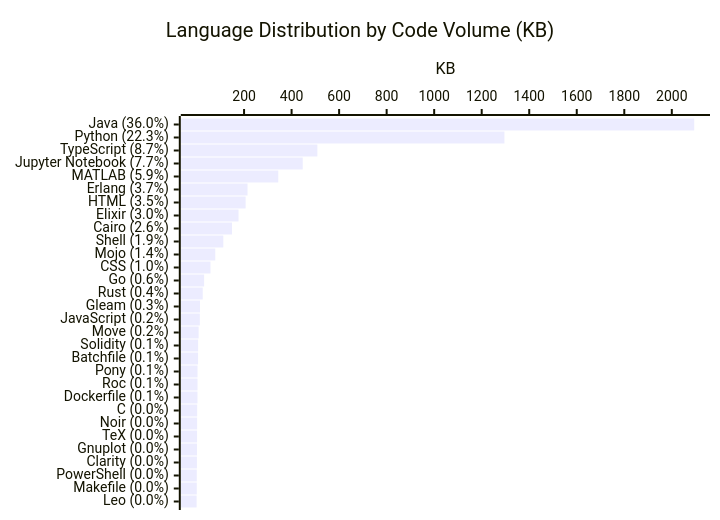
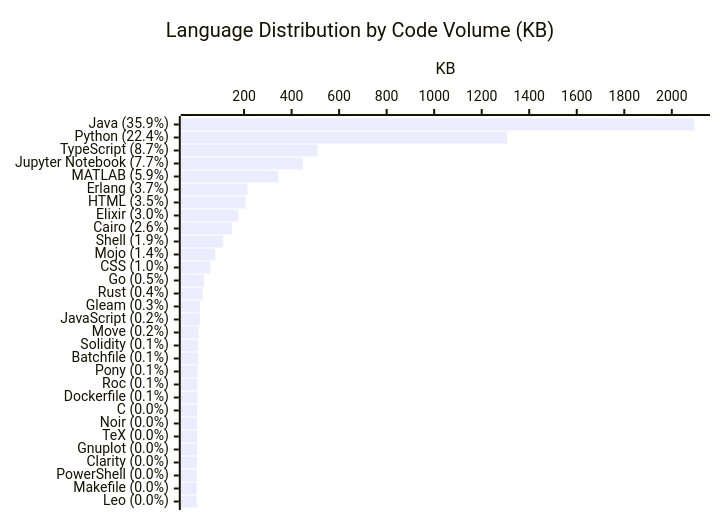
Before and after one commit to KathiraveluLab/.github: the diagram in profile/README.md, drawn with Mermaid. The commit also changed other lines of this file and 1 other file, not shown here.

````diff
--- a/profile/README.md
+++ b/profile/README.md
@@ -65,7 +65,7 @@
 ```mermaid
 xychart-beta horizontal
     title "Language Distribution by Code Volume (KB)"
-    x-axis ["Java (36.0%)", "Python (22.3%)", "TypeScript (8.7%)", "Jupyter Notebook (7.7%)", "MATLAB (5.9%)", "Erlang (3.7%)", "HTML (3.5%)", "Elixir (3.0%)", "Cairo (2.6%)", "Shell (1.9%)", "Mojo (1.4%)", "CSS (1.0%)", "Go (0.6%)", "Rust (0.4%)", "Gleam (0.3%)", "JavaScript (0.2%)", "Move (0.2%)", "Solidity (0.1%)", "Batchfile (0.1%)", "Pony (0.1%)", "Roc (0.1%)", "Dockerfile (0.1%)", "C (0.0%)", "Noir (0.0%)", "TeX (0.0%)", "Gnuplot (0.0%)", "Clarity (0.0%)", "PowerShell (0.0%)", "Makefile (0.0%)", "Leo (0.0%)"]
+    x-axis ["Java (35.9%)", "Python (22.4%)", "TypeScript (8.7%)", "Jupyter Notebook (7.7%)", "MATLAB (5.9%)", "Erlang (3.7%)", "HTML (3.5%)", "Elixir (3.0%)", "Cairo (2.6%)", "Shell (1.9%)", "Mojo (1.4%)", "CSS (1.0%)", "Go (0.5%)", "Rust (0.4%)", "Gleam (0.3%)", "JavaScript (0.2%)", "Move (0.2%)", "Solidity (0.1%)", "Batchfile (0.1%)", "Pony (0.1%)", "Roc (0.1%)", "Dockerfile (0.1%)", "C (0.0%)", "Noir (0.0%)", "TeX (0.0%)", "Gnuplot (0.0%)", "Clarity (0.0%)", "PowerShell (0.0%)", "Makefile (0.0%)", "Leo (0.0%)"]
     y-axis "KB"
-    bar [2094.22, 1295.71, 508.57, 446.9, 343.93, 214.61, 206.6, 176.6, 149.42, 112.64, 78.79, 58.73, 32.03, 26.08, 14.6, 13.89, 8.83, 6.65, 6.48, 4.14, 4.09, 3.92, 2.58, 2.46, 2.29, 1.82, 1.53, 1.02, 0.99, 0.27]
+    bar [2094.22, 1306.3, 508.57, 446.9, 343.93, 214.61, 206.6, 176.6, 149.42, 112.65, 78.79, 58.73, 32.03, 26.08, 14.6, 13.89, 8.83, 6.65, 6.48, 4.14, 4.09, 3.95, 2.58, 2.46, 2.29, 1.82, 1.53, 1.02, 0.99, 0.27]
 ```
````
